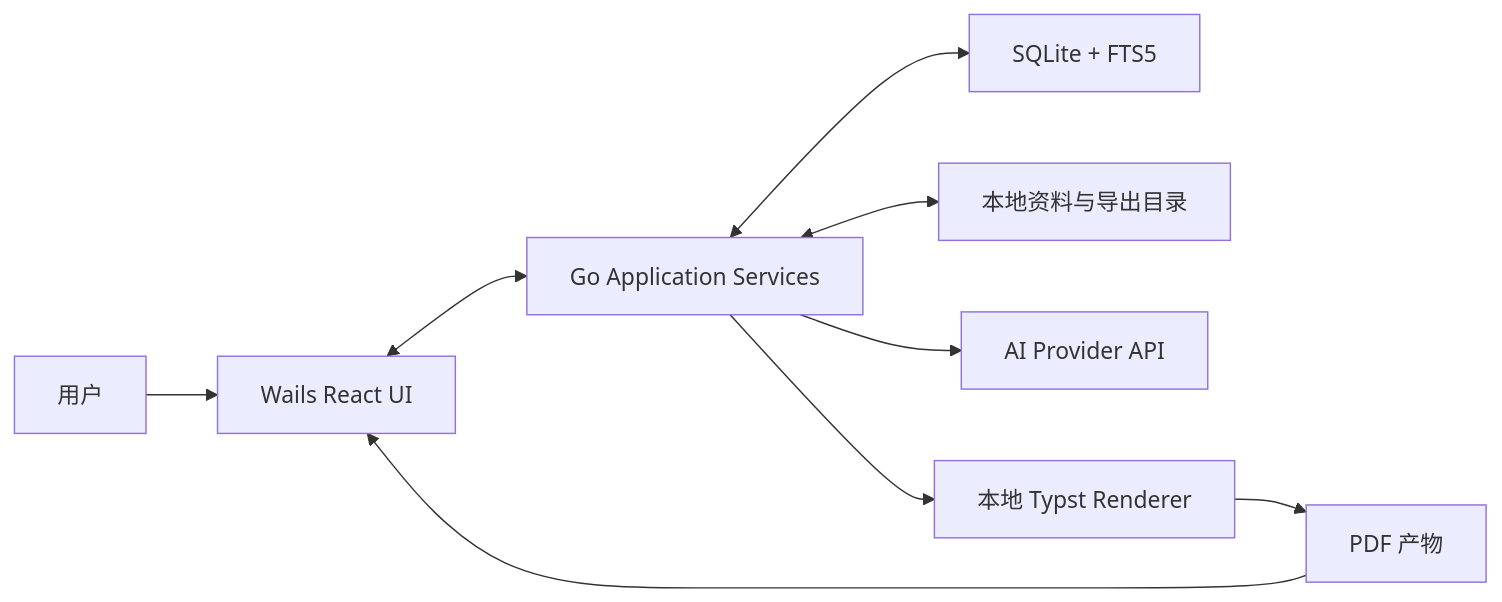
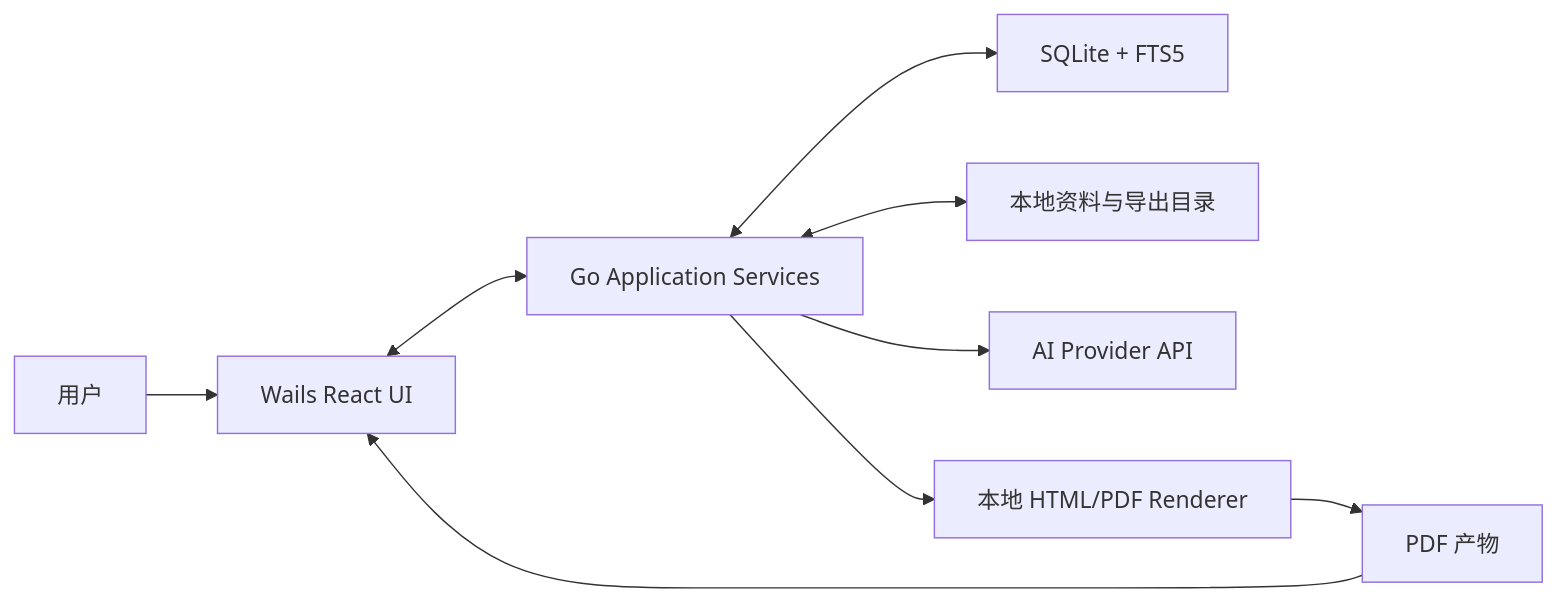
The diagram in docs/architecture/mvp-architecture.md (ch1lam/autoCV), drawn with Mermaid before and after one commit. The commit also changed other lines of this file and 14 other files, not shown here.

````diff
--- a/docs/architecture/mvp-architecture.md
+++ b/docs/architecture/mvp-architecture.md
@@ -62,11 +62,11 @@
 ```mermaid
 flowchart LR
     User["用户"] --> UI["Wails React UI"]
     UI <--> App["Go Application Services"]
     App <--> DB["SQLite + FTS5"]
     App <--> Files["本地资料与导出目录"]
     App --> AI["AI Provider API"]
-    App --> Typst["本地 Typst Renderer"]
-    Typst --> PDF["PDF 产物"]
+    App --> Renderer["本地 HTML/PDF Renderer"]
+    Renderer --> PDF["PDF 产物"]
     PDF --> UI
 ```
````
